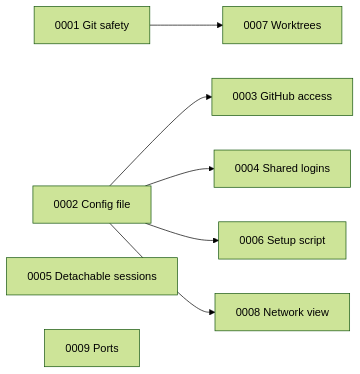
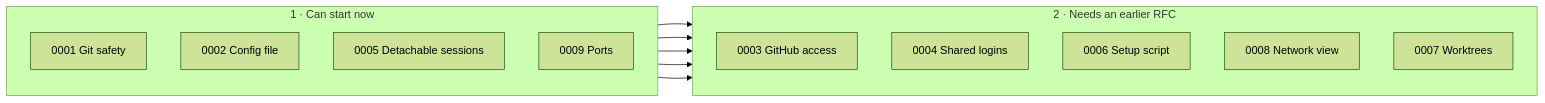
Before and after one commit to finngi/msbx: the diagram in docs/src/rfcs/README.md, drawn with Mermaid (forest theme).

Commit message:
docs: redraw the RFC dependency diagram as two stages

````diff
--- a/docs/src/rfcs/README.md
+++ b/docs/src/rfcs/README.md
@@ -39,10 +39,20 @@
 ```mermaid
-graph LR
-  G[0001 Git safety] --> W[0007 Worktrees]
-  C[0002 Config file] --> GH[0003 GitHub access]
-  C --> L[0004 Shared logins]
-  C --> S[0006 Setup script]
-  C --> N[0008 Network view]
-  D[0005 Detachable sessions]
-  P[0009 Ports]
+flowchart LR
+  subgraph now["1 · Can start now"]
+    direction TB
+    S[0001 Git safety]
+    C[0002 Config file]
+    D[0005 Detachable sessions]
+    P[0009 Ports]
+  end
+  subgraph next["2 · Needs an earlier RFC"]
+    direction TB
+    GH[0003 GitHub access]
+    L[0004 Shared logins]
+    SU[0006 Setup script]
+    N[0008 Network view]
+    W[0007 Worktrees]
+  end
+  C --> GH & L & SU & N
+  S --> W
 ```
````
